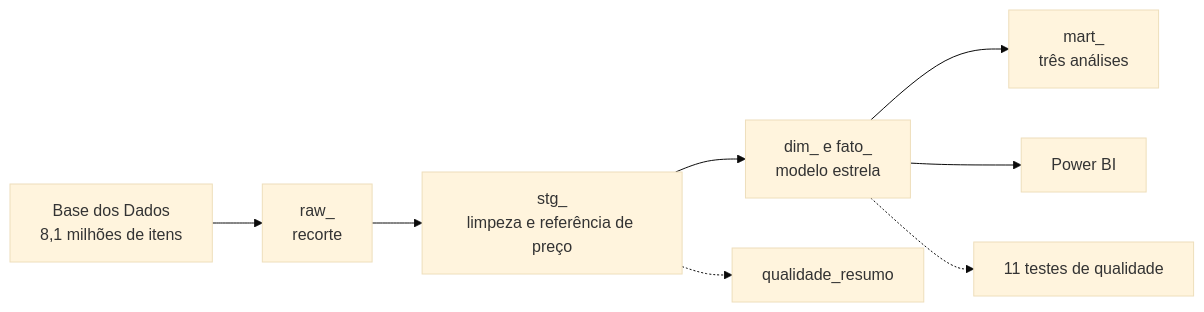
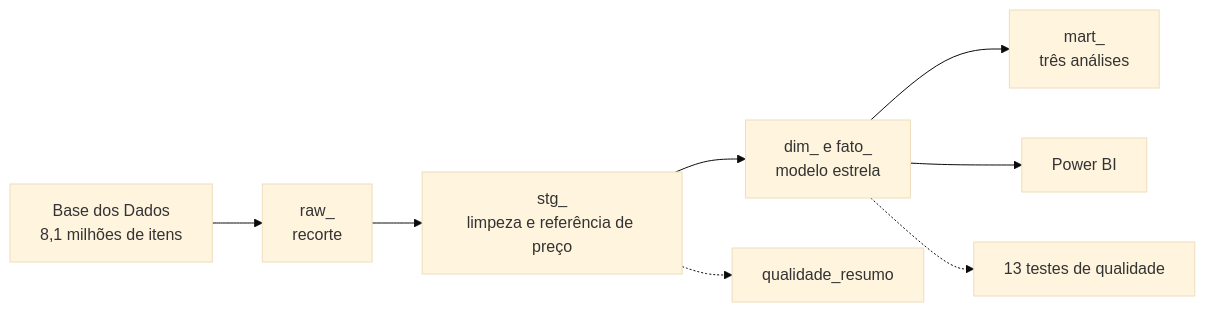
One commit to diaquinodev/inteligencia-de-compra changed the diagram in README.md. Above: the diagram before and after it, drawn with Mermaid (base theme). The commit also changed other lines of this file and 3 other files, not shown here.

````diff
--- a/README.md
+++ b/README.md
@@ -85,10 +85,10 @@
 ```mermaid
 flowchart LR
     A[Base dos Dados<br/>8,1 milhões de itens] --> B[raw_<br/>recorte]
     B --> C[stg_<br/>limpeza e referência de preço]
     C --> D[dim_ e fato_<br/>modelo estrela]
     D --> E[mart_<br/>três análises]
     D --> F[Power BI]
     C -.-> G[qualidade_resumo]
-    D -.-> H[11 testes de qualidade]
+    D -.-> H[13 testes de qualidade]
 ```
````
